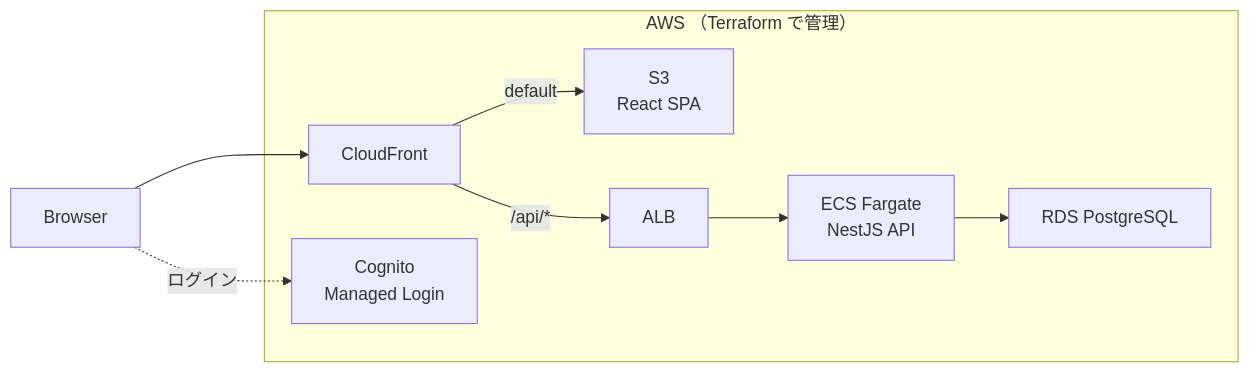
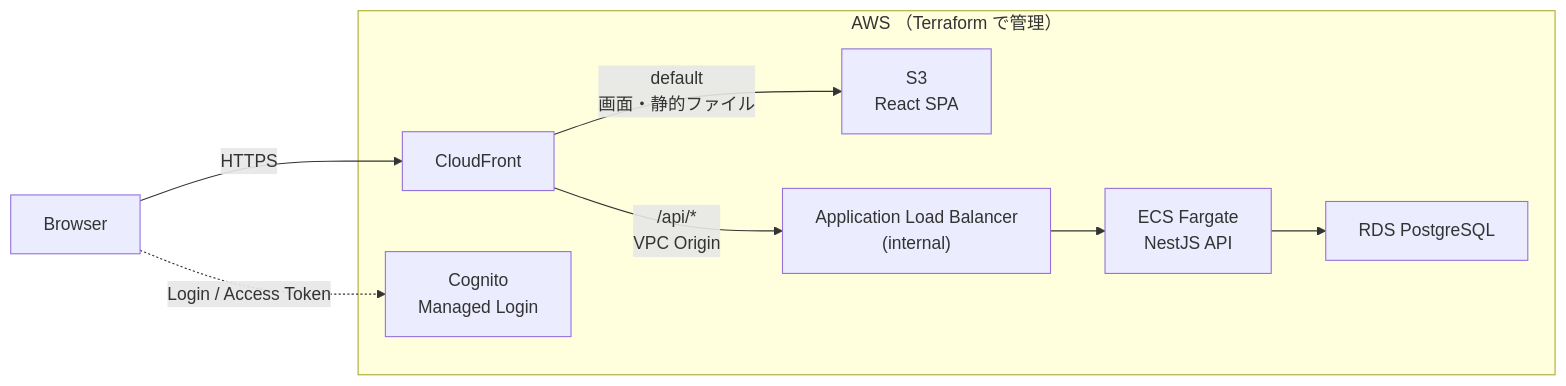
Before and after one commit to itakuradev/daily-health-tracker: the diagram in README.md, drawn with Mermaid. The commit also changed other lines of this file, not shown here.

````diff
--- a/README.md
+++ b/README.md
@@ -29,18 +29,21 @@
 ```mermaid
 flowchart LR
     browser["Browser"]
 
     subgraph aws["AWS （Terraform で管理）"]
         cf["CloudFront"]
         s3["S3<br/>React SPA"]
         cognito["Cognito<br/>Managed Login"]
-        alb["ALB"]
+        alb["Application Load Balancer<br/>(internal)"]
         ecs["ECS Fargate<br/>NestJS API"]
         rds["RDS PostgreSQL"]
     end
 
-    browser --> cf
-    cf -->|"default"| s3
-    cf -->|"/api/*"| alb --> ecs --> rds
-    browser -.->|"ログイン"| cognito
+    browser -->|"HTTPS"| cf
+    cf -->|"default<br/>画面・静的ファイル"| s3
+    cf -->|"/api/*<br/>VPC Origin"| alb
+    alb --> ecs
+    ecs --> rds
+
+    browser -.->|"Login / Access Token"| cognito
 ```
````
